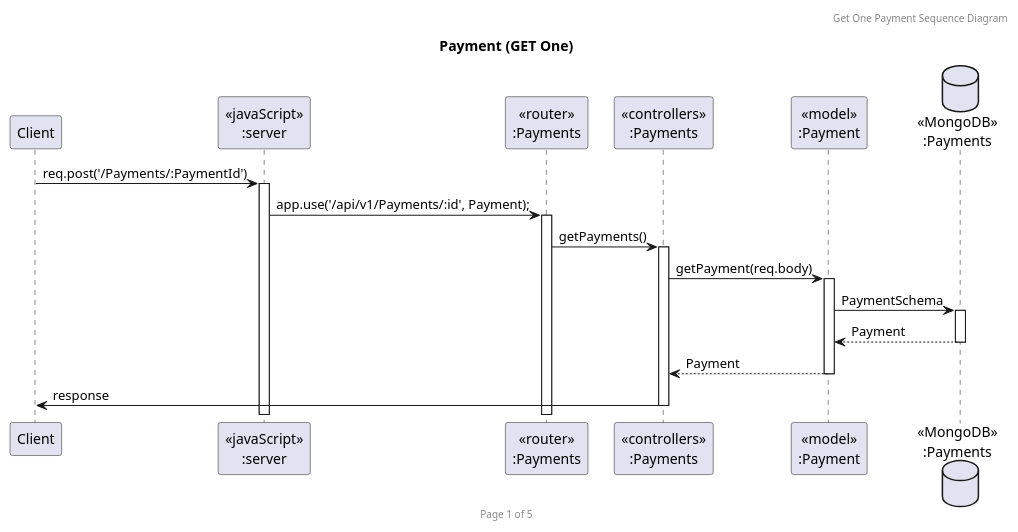
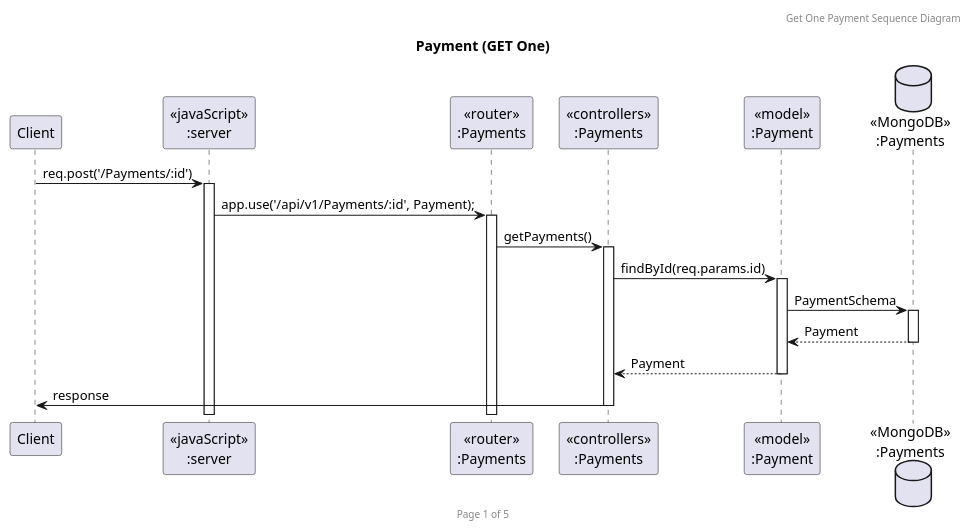
The diagram in Sequence Diagram/Payment/PaymentGetOne.puml (marshmeowllo/RestaurantReservation), drawn with PlantUML before and after one commit. The commit also changed 12 other files, not shown here.

```diff
--- a/Sequence Diagram/Payment/PaymentGetOne.puml
+++ b/Sequence Diagram/Payment/PaymentGetOne.puml
@@ -1,23 +1,23 @@
 @startuml Payment (GET One)
 
 header Get One Payment Sequence Diagram
 footer Page 1 of 5
 title "Payment (GET One)"
 
 participant "Client" as client
 participant "<<javaScript>>\n:server" as server
 participant "<<router>>\n:Payments" as routerPayments
 participant "<<controllers>>\n:Payments" as controllersPayments
 participant "<<model>>\n:Payment" as modelPayments
 database "<<MongoDB>>\n:Payments" as PaymentDatabase
 
-client->server ++:req.post('/Payments/:PaymentId')
+client->server ++:req.post('/Payments/:id')
 server->routerPayments ++:app.use('/api/v1/Payments/:id', Payment);
 routerPayments -> controllersPayments ++:getPayments()
-controllersPayments->modelPayments ++:getPayment(req.body)
+controllersPayments->modelPayments ++:findById(req.params.id)
 modelPayments ->PaymentDatabase ++: PaymentSchema
 PaymentDatabase --> modelPayments --: Payment
 controllersPayments <-- modelPayments --:Payment
 controllersPayments->client --:response
 
 @enduml
```
